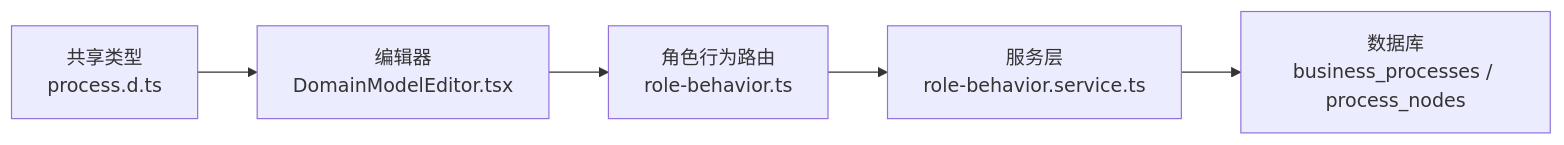
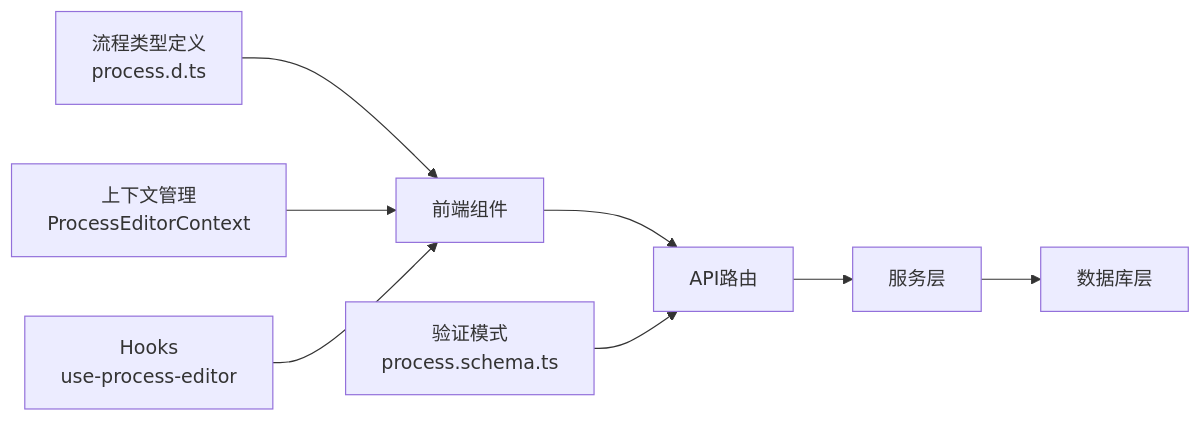
One commit to kai-cui1/ai-prototype-manager changed the sixth of 6 diagrams in .qoder/repowiki/zh/content/核心模块/业务流程管理模块.md. Above: the diagram before and after it, drawn with Mermaid. The commit also changed other lines of this file and 173 other files, not shown here.

````diff
--- a/.qoder/repowiki/zh/content/核心模块/业务流程管理模块.md
+++ b/.qoder/repowiki/zh/content/核心模块/业务流程管理模块.md
@@ -331,7 +315,10 @@
 ```mermaid
 graph LR
-PROC_T["共享类型<br/>process.d.ts"] --> DME["编辑器<br/>DomainModelEditor.tsx"]
-RB_R["角色行为路由<br/>role-behavior.ts"] --> RB_S["服务层<br/>role-behavior.service.ts"]
-RB_S --> DB["数据库<br/>business_processes / process_nodes"]
-DME --> RB_R
+PT["流程类型定义<br/>process.d.ts"] --> WEB["前端组件"]
+WEB --> ROUTES["API路由"]
+ROUTES --> SERVICES["服务层"]
+SERVICES --> DB["数据库层"]
+SCHEMA["验证模式<br/>process.schema.ts"] --> ROUTES
+CONTEXT["上下文管理<br/>ProcessEditorContext"] --> WEB
+HOOKS["Hooks<br/>use-process-editor"] --> WEB
 ```
````
